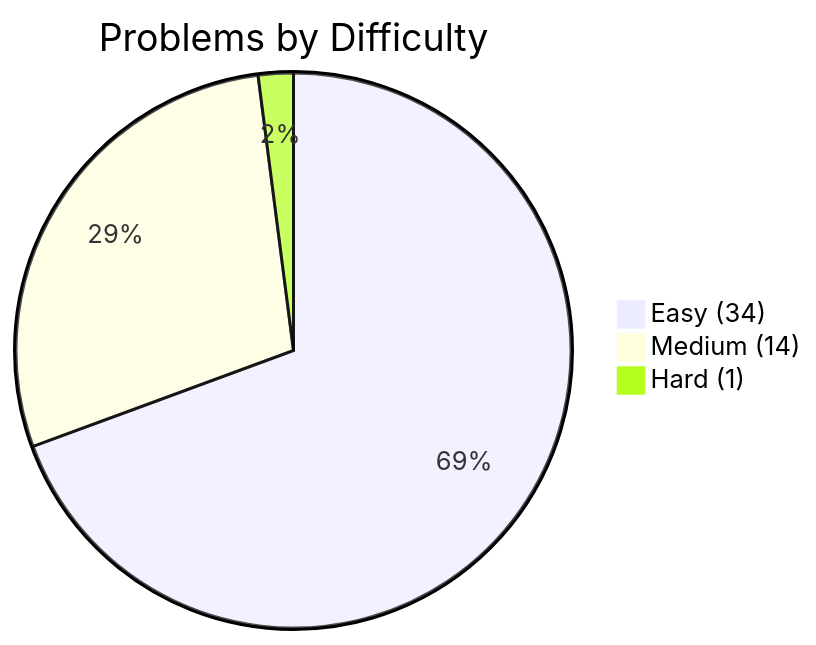
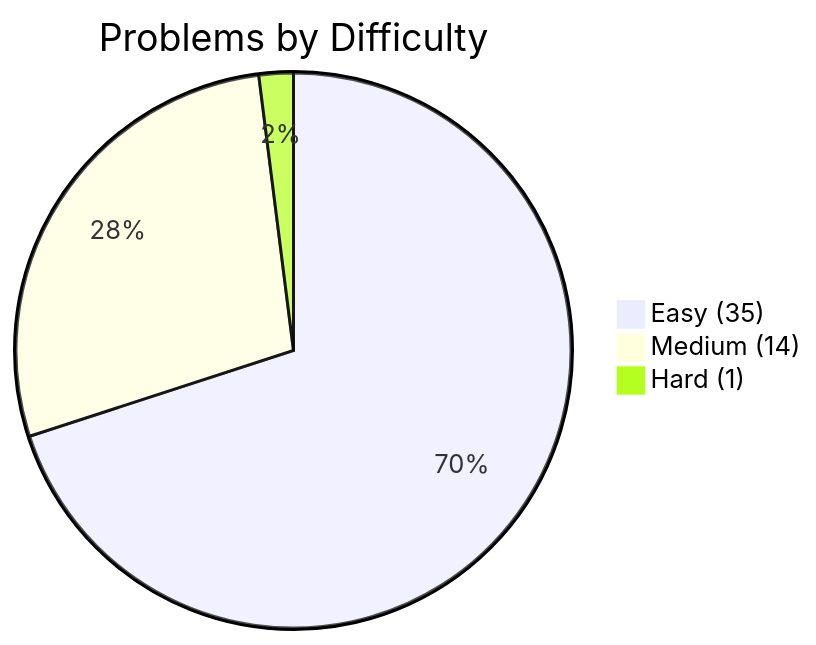
The first of 2 diagrams in PROGRESS.md (kanishk-procoder/leetcode-grind), drawn with Mermaid before and after one commit. The commit also changed other lines of this file and 4 other files, not shown here.

````diff
--- a/PROGRESS.md
+++ b/PROGRESS.md
@@ -5,6 +5,6 @@
 ```mermaid
 pie title Problems by Difficulty
-    "Easy (34)" : 34
+    "Easy (35)" : 35
     "Medium (14)" : 14
     "Hard (1)" : 1
 ```
````
